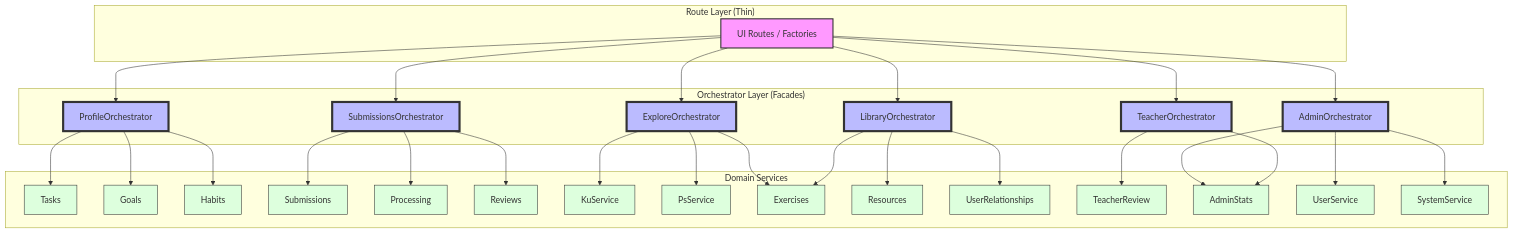
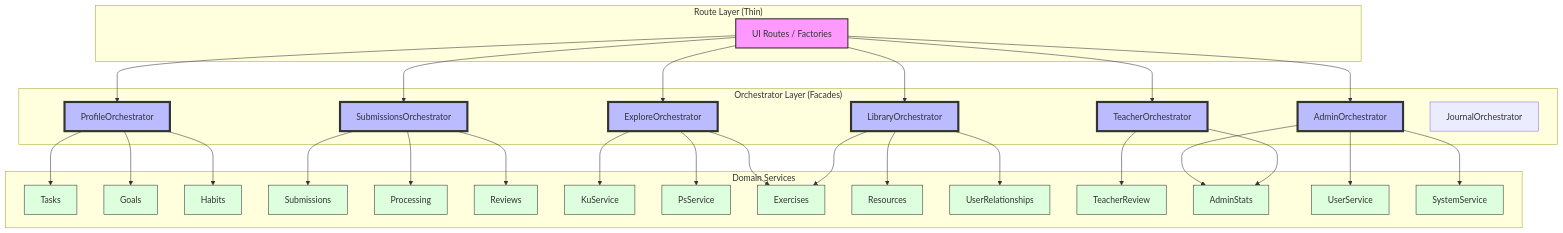
The diagram in app/docs/patterns/UI_ORCHESTRATOR_PATTERN.md (linguistic76/skuel), drawn with Mermaid before and after one commit. The commit also changed other lines of this file and 2 other files, not shown here.

Commit message:
docs(journals): update docs + skill for JournalOrchestrator
Adds JournalOrchestrator to the adoption table and mermaid diagram in
UI_ORCHESTRATOR_PATTERN.md, updates the ui-orchestrator skill registry,
and moves the Journal hub from Phase 5 Future Candidates to completed
in the orchestration roadmap.

````diff
--- a/app/docs/patterns/UI_ORCHESTRATOR_PATTERN.md
+++ b/app/docs/patterns/UI_ORCHESTRATOR_PATTERN.md
@@ -53,46 +54,47 @@
 ```mermaid
 graph TD
     subgraph "Route Layer (Thin)"
         UI_Routes["UI Routes / Factories"]
     end
 
     subgraph "Orchestrator Layer (Facades)"
         AO[AdminOrchestrator]
         PO[ProfileOrchestrator]
         SO[SubmissionsOrchestrator]
         EO[ExploreOrchestrator]
         LO[LibraryOrchestrator]
         TO[TeacherOrchestrator]
+        JO[JournalOrchestrator]
     end
 
     subgraph "Domain Services"
         TS[Tasks] ; GS[Goals] ; HS[Habits]
         Sub[Submissions] ; Proc[Processing] ; Rev[Reviews]
         KU[KuService] ; PS[PsService] ; Ex[Exercises]
         Res[Resources] ; UR[UserRelationships]
         TR[TeacherReview] ; AS[AdminStats]
         US[UserService] ; SS[SystemService]
     end
 
     UI_Routes --> AO
     UI_Routes --> PO
     UI_Routes --> SO
     UI_Routes --> EO
     UI_Routes --> LO
     UI_Routes --> TO
 
     AO --> US ; AO --> AS ; AO --> SS
     PO --> TS ; PO --> GS ; PO --> HS
     SO --> Sub ; SO --> Proc ; SO --> Rev
     EO --> KU ; EO --> PS ; EO --> Ex
     LO --> Res ; LO --> UR ; LO --> Ex
     TO --> TR ; TO --> AS
 
     classDef route fill:#f9f,stroke:#333,stroke-width:2px;
     classDef facade fill:#bbf,stroke:#333,stroke-width:4px;
     classDef dev fill:#dfd,stroke:#333;
 
     class UI_Routes route;
     class AO,PO,SO,EO,LO,TO facade;
     class TS,GS,HS,Sub,Proc,Rev,KU,PS,Ex,Res,UR,TR,AS,US,SS dev;
 ```
````
